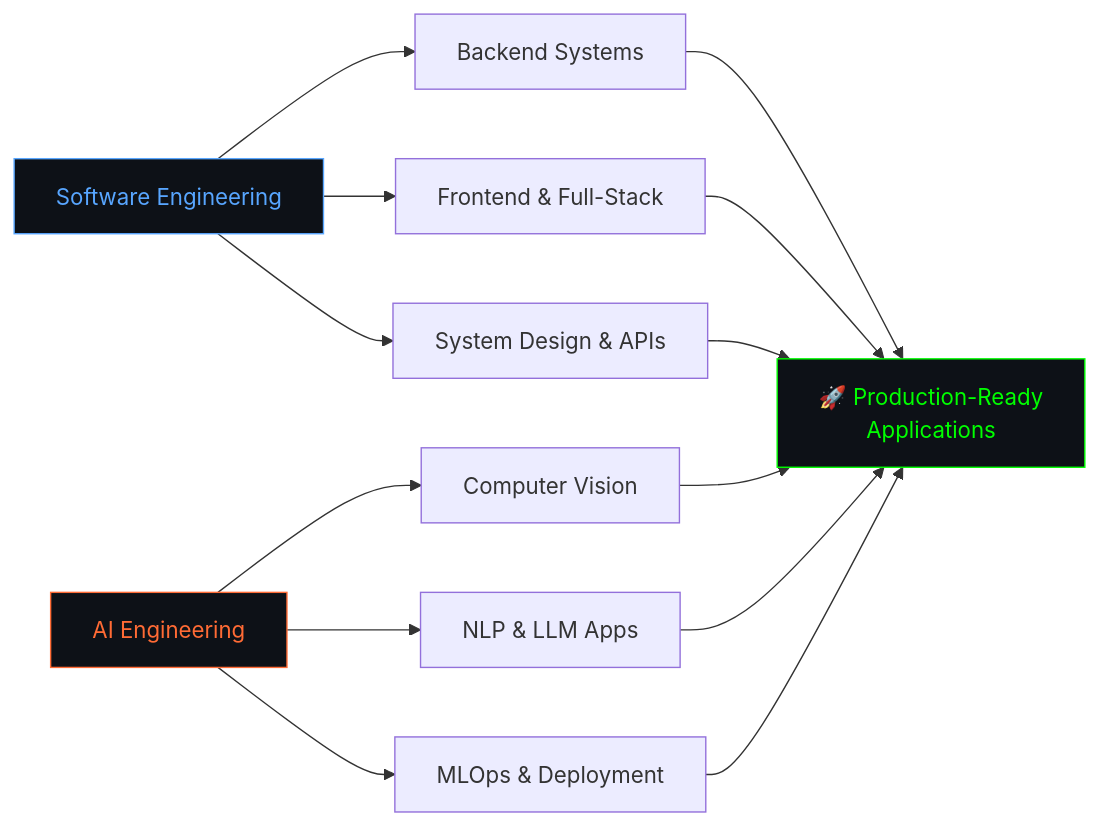
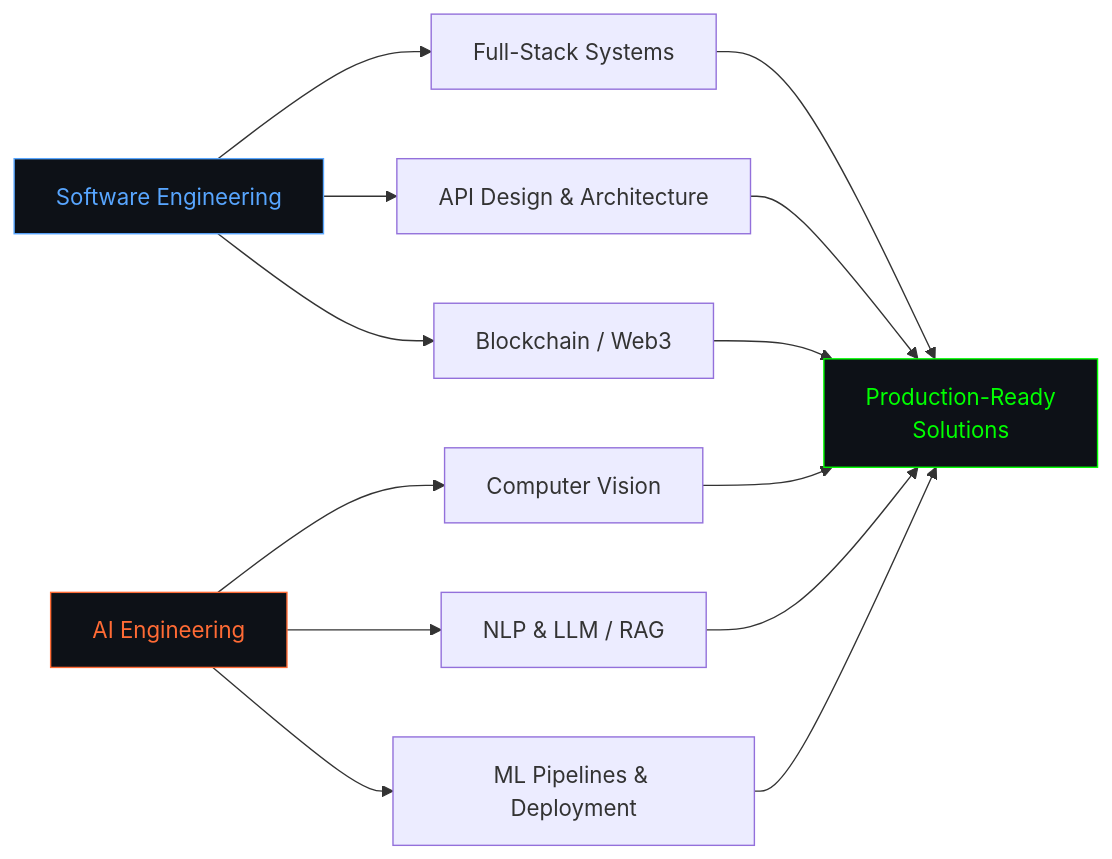
One commit to Arfazrll/Arfazrll changed the first of 2 diagrams in README.md. Above: the diagram before and after it, drawn with Mermaid. The commit also changed other lines of this file, not shown here.

````diff
--- a/README.md
+++ b/README.md
@@ -89,21 +76,21 @@
 ```mermaid
 graph LR
-    A[Software Engineering] --> B[Backend Systems]
-    A --> C[Frontend & Full-Stack]
-    A --> D[System Design & APIs]
+    A["Software Engineering"] --> B["Full-Stack Systems"]
+    A --> C["API Design & Architecture"]
+    A --> D["Blockchain / Web3"]
 
-    E[AI Engineering] --> F[Computer Vision]
-    E --> G[NLP & LLM Apps]
-    E --> H[MLOps & Deployment]
+    E["AI Engineering"] --> F["Computer Vision"]
+    E --> G["NLP & LLM / RAG"]
+    E --> H["ML Pipelines & Deployment"]
 
-    B --> I[🚀 Production-Ready<br>Applications]
+    B --> I["Production-Ready\nSolutions"]
     C --> I
     D --> I
     F --> I
     G --> I
     H --> I
 
     style A fill:#0D1117,stroke:#58A6FF,color:#58A6FF
     style E fill:#0D1117,stroke:#FF6B35,color:#FF6B35
     style I fill:#0D1117,stroke:#00FF00,color:#00FF00
 ```
````
